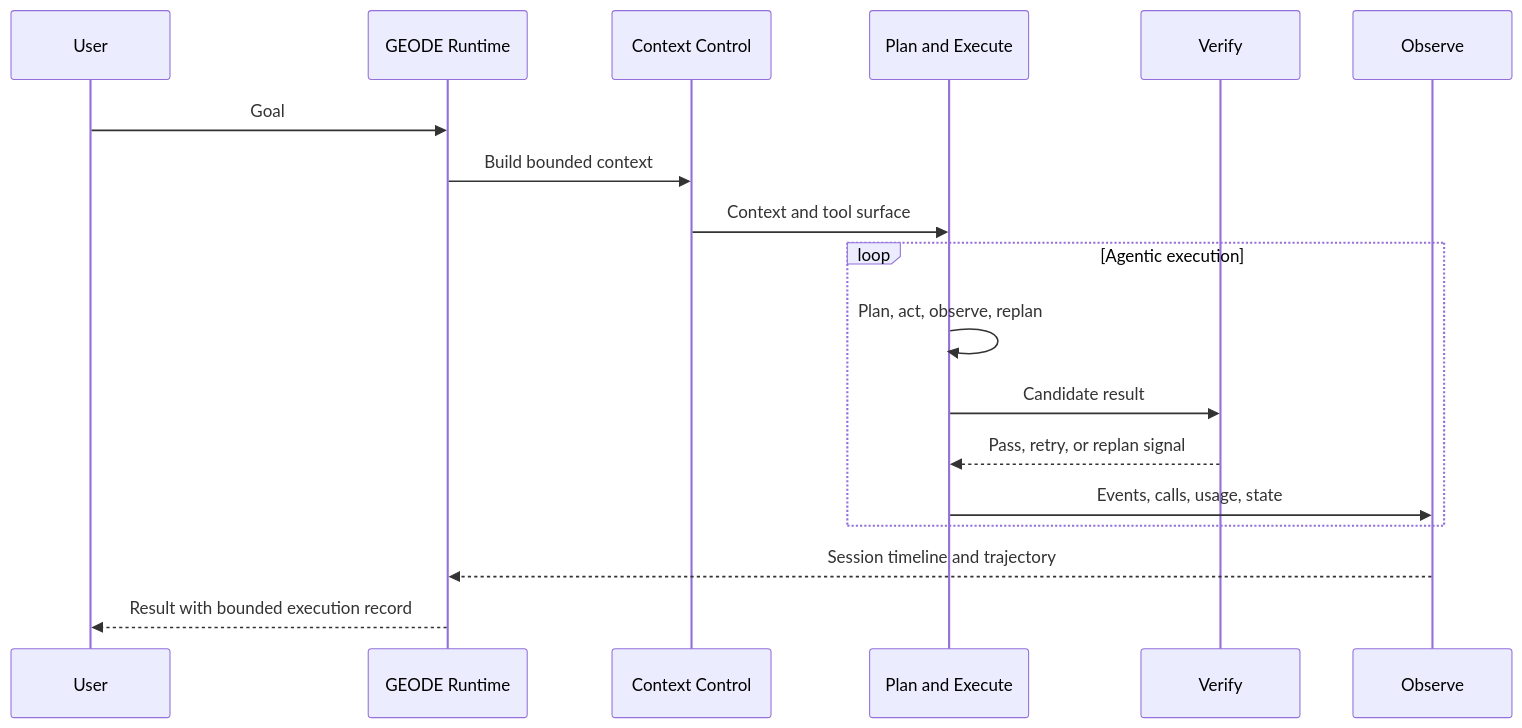
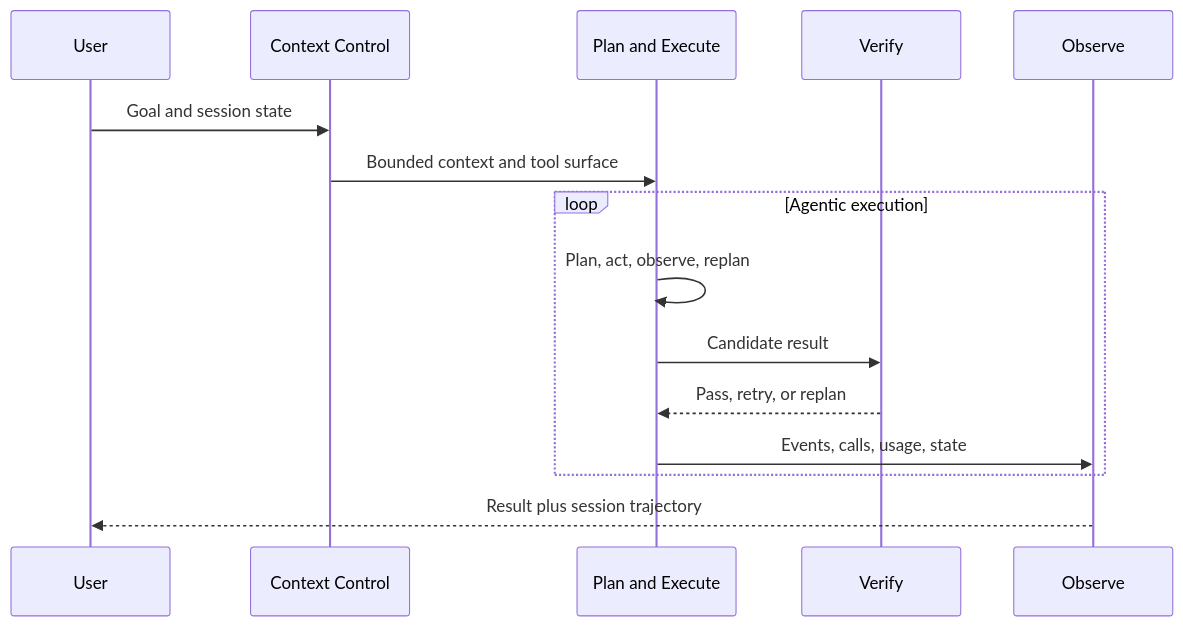
One commit to mangowhoiscloud/mangowhoiscloud changed the second of 5 diagrams in README_EN.md. Above: the diagram before and after it, drawn with Mermaid. The commit also changed other lines of this file, not shown here.

Commit message:
docs(profile): compact English architecture narrative

````diff
--- a/README_EN.md
+++ b/README_EN.md
@@ -63,21 +58,17 @@
 ```mermaid
 sequenceDiagram
     participant U as User
-    participant R as GEODE Runtime
     participant C as Context Control
     participant P as Plan and Execute
     participant V as Verify
     participant O as Observe
-
-    U->>R: Goal
-    R->>C: Build bounded context
-    C->>P: Context and tool surface
+    U->>C: Goal and session state
+    C->>P: Bounded context and tool surface
     loop Agentic execution
         P->>P: Plan, act, observe, replan
         P->>V: Candidate result
-        V-->>P: Pass, retry, or replan signal
+        V-->>P: Pass, retry, or replan
         P->>O: Events, calls, usage, state
     end
-    O-->>R: Session timeline and trajectory
-    R-->>U: Result with bounded execution record
+    O-->>U: Result plus session trajectory
 ```
````
